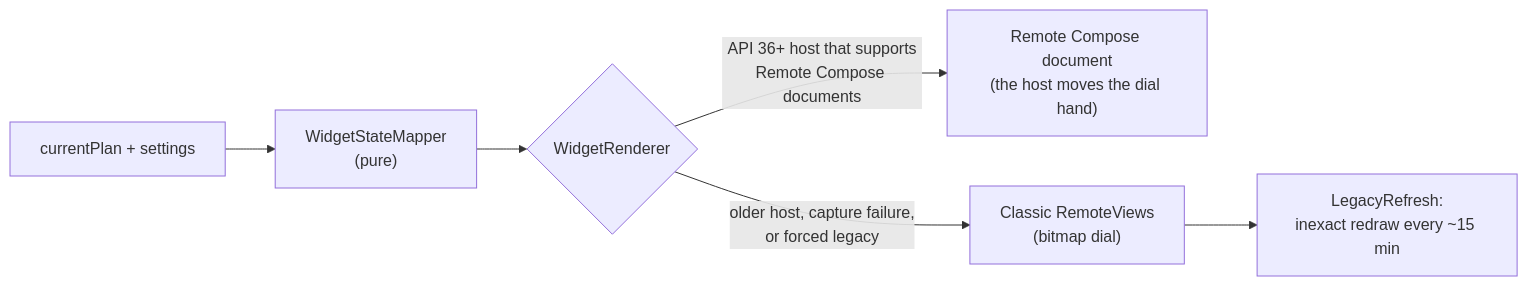
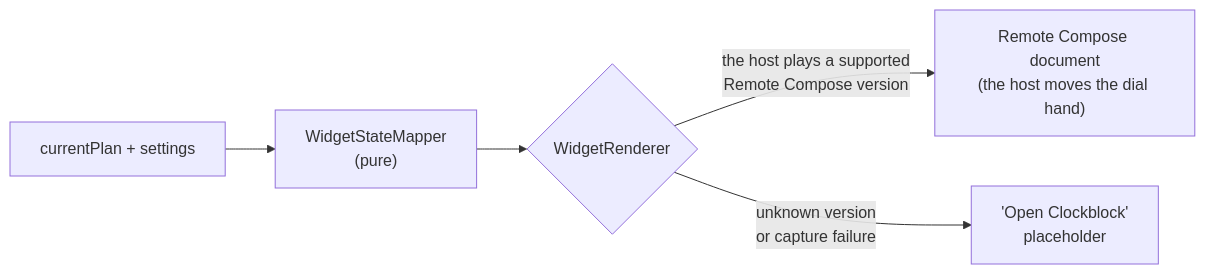
The second of 2 diagrams in docs/surfaces.md (rock3r/clockblock), drawn with Mermaid before and after one commit. The commit also changed other lines of this file and 10 other files, not shown here.

Commit message:
Docs: Android 17 minimum, Remote Compose-only widgets

````diff
--- a/docs/surfaces.md
+++ b/docs/surfaces.md
@@ -303,8 +299,7 @@
 ```mermaid
 flowchart LR
     plan["currentPlan + settings"] --> mapper["WidgetStateMapper<br/>(pure)"]
     mapper --> renderer{"WidgetRenderer"}
-    renderer -->|"API 36+ host that supports<br/>Remote Compose documents"| rc["Remote Compose document<br/>(the host moves the dial hand)"]
-    renderer -->|"older host, capture failure,<br/>or forced legacy"| legacy["Classic RemoteViews<br/>(bitmap dial)"]
-    legacy --> refresh["LegacyRefresh:<br/>inexact redraw every ~15 min"]
+    renderer -->|"the host plays a supported<br/>Remote Compose version"| rc["Remote Compose document<br/>(the host moves the dial hand)"]
+    renderer -->|"unknown version<br/>or capture failure"| placeholder["'Open Clockblock'<br/>placeholder"]
 ```
````
